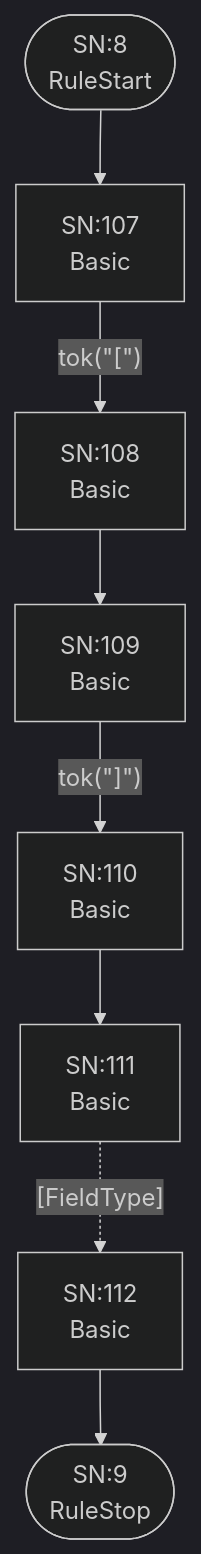
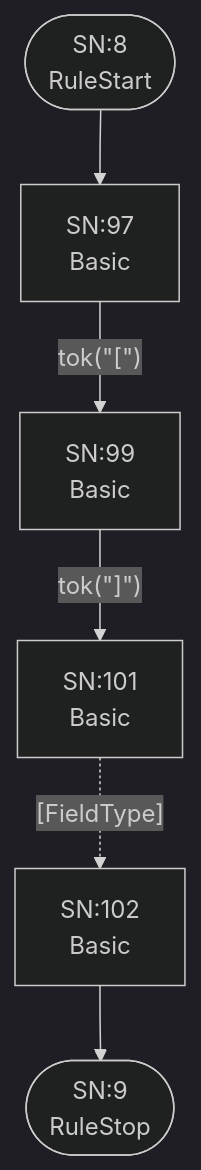
One commit to TypeFox/fastbelt changed the fifth of 25 diagrams in internal/grammar/atn.md. Above: the diagram before and after it, drawn with Mermaid (dark theme). The commit also changed other lines of this file and 4 other files, not shown here.

````diff
--- a/internal/grammar/atn.md
+++ b/internal/grammar/atn.md
@@ -169,19 +149,15 @@
 ```mermaid
 flowchart TD
     q8(["SN:8<br/>RuleStart"])
     q9(["SN:9<br/>RuleStop"])
-    q107["SN:107<br/>Basic<br/>"]
-    q108["SN:108<br/>Basic<br/>"]
-    q109["SN:109<br/>Basic<br/>"]
-    q110["SN:110<br/>Basic<br/>"]
-    q111["SN:111<br/>Basic<br/>"]
-    q112["SN:112<br/>Basic<br/>"]
+    q97["SN:97<br/>Basic<br/>"]
+    q98["SN:99<br/>Basic<br/>"]
+    q99["SN:101<br/>Basic<br/>"]
+    q100["SN:102<br/>Basic<br/>"]
 
-    q8 --> q107
-    q107 -->|"tok(&quot;[&quot;)"| q108
-    q108 --> q109
-    q109 -->|"tok(&quot;]&quot;)"| q110
-    q110 --> q111
-    q111 -.->|"[FieldType]"| q112
-    q112 --> q9
+    q8 --> q97
+    q97 -->|"tok(&quot;[&quot;)"| q98
+    q98 -->|"tok(&quot;]&quot;)"| q99
+    q99 -.->|"[FieldType]"| q100
+    q100 --> q9
 ```
````
